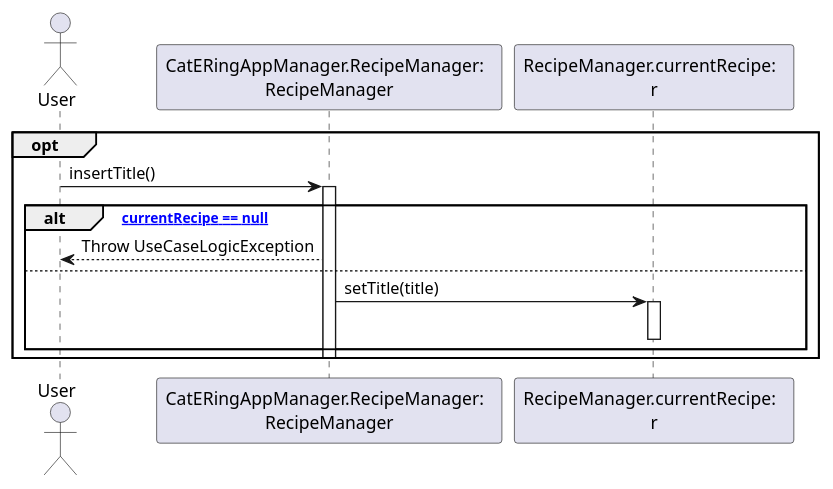
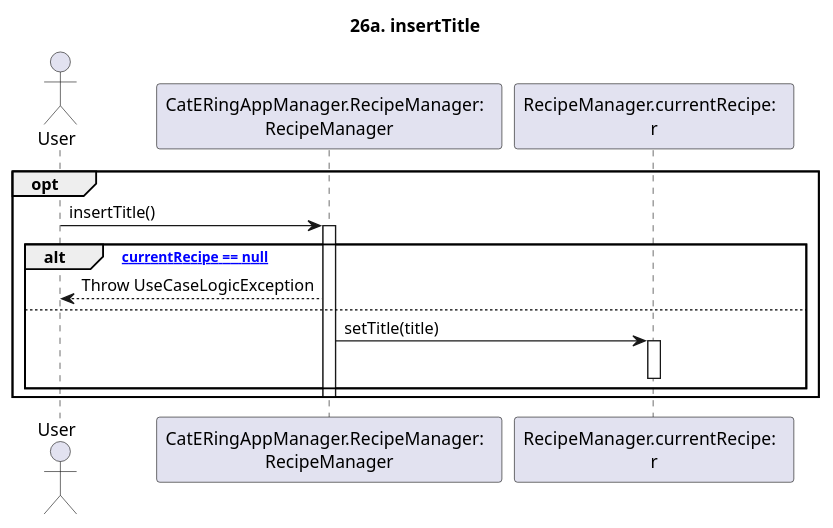
Before and after one commit to m0canu1/sas: the diagram in dsd/dsd-ricette/estensioni/26a-insertTitle.md, drawn with PlantUML. The commit also changed 15 other files, not shown here.

````diff
--- a/dsd/dsd-ricette/estensioni/26a-insertTitle.md
+++ b/dsd/dsd-ricette/estensioni/26a-insertTitle.md
@@ -1,18 +1,21 @@
 ```plantuml
+
+title: 26a. insertTitle
+
 Actor User
 Participant "CatERingAppManager.RecipeManager:  \nRecipeManager" as RM
 Participant "RecipeManager.currentRecipe:  \nr" as CR
 
 opt
 	User -> RM: insertTitle()
 	Activate RM
 	alt ["currentRecipe == null"]
 		RM --> User: Throw UseCaseLogicException
 	else 
 		RM -> CR: setTitle(title)
 		Activate CR
 		Deactivate CR
 	end
 	Deactivate RM
 end
 ```
````
